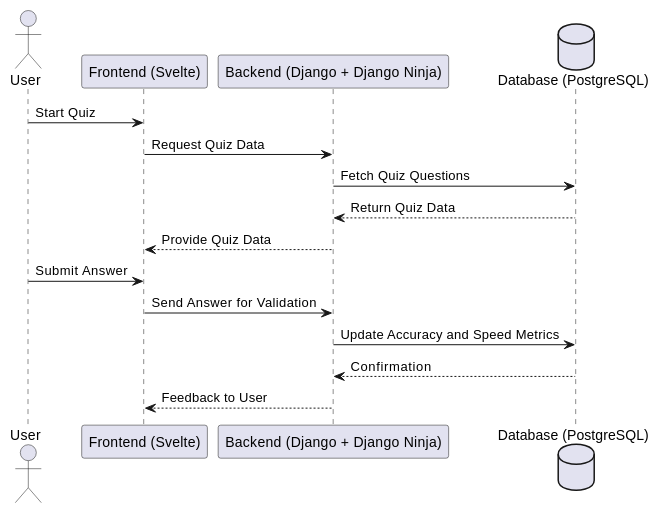
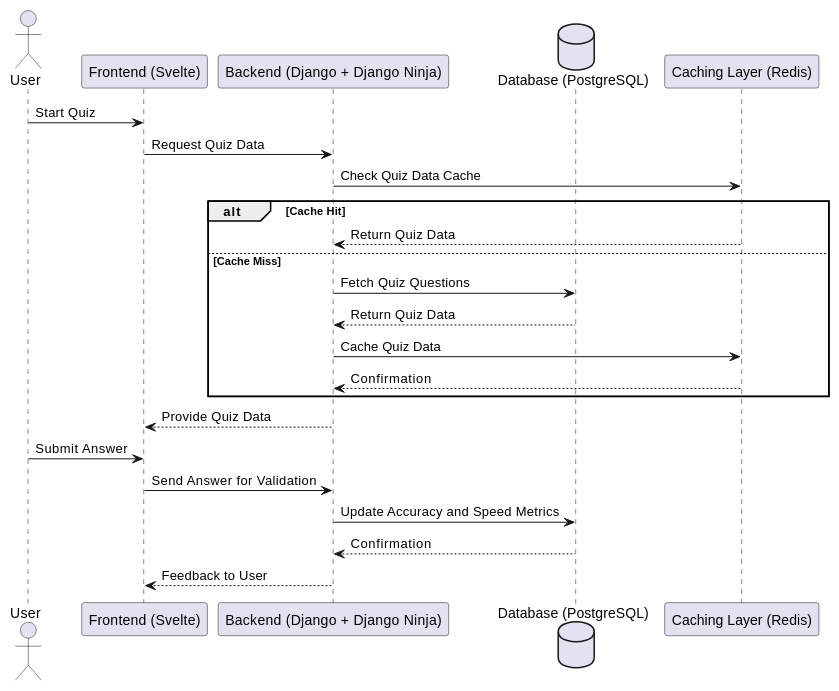
Before and after one commit to ViaAnthroposBenevolentia/pick-one-kz: the diagram in ARCHITECH.asciidoc, drawn with PlantUML. The commit also changed other lines of this file, not shown here.

```diff
--- a/ARCHITECH.asciidoc
+++ b/ARCHITECH.asciidoc
@@ -52,20 +56,28 @@
 [plantuml]
 ----
 @startuml
 actor User
 participant "Frontend (Svelte)" as FE
 participant "Backend (Django + Django Ninja)" as BE
 database "Database (PostgreSQL)" as DB
+participant "Caching Layer (Redis)" as Cache
 
 User -> FE: Start Quiz
 FE -> BE: Request Quiz Data
-BE -> DB: Fetch Quiz Questions
-DB --> BE: Return Quiz Data
+BE -> Cache: Check Quiz Data Cache
+alt Cache Hit
+    Cache --> BE: Return Quiz Data
+else Cache Miss
+    BE -> DB: Fetch Quiz Questions
+    DB --> BE: Return Quiz Data
+    BE -> Cache: Cache Quiz Data
+    Cache --> BE: Confirmation
+end
 BE --> FE: Provide Quiz Data
 User -> FE: Submit Answer
 FE -> BE: Send Answer for Validation
 BE -> DB: Update Accuracy and Speed Metrics
 DB --> BE: Confirmation
 BE --> FE: Feedback to User
 @enduml
 ----
```
